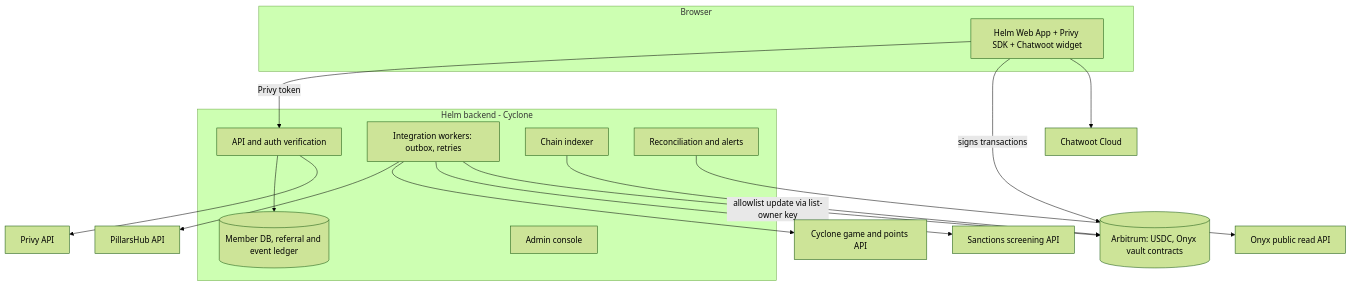
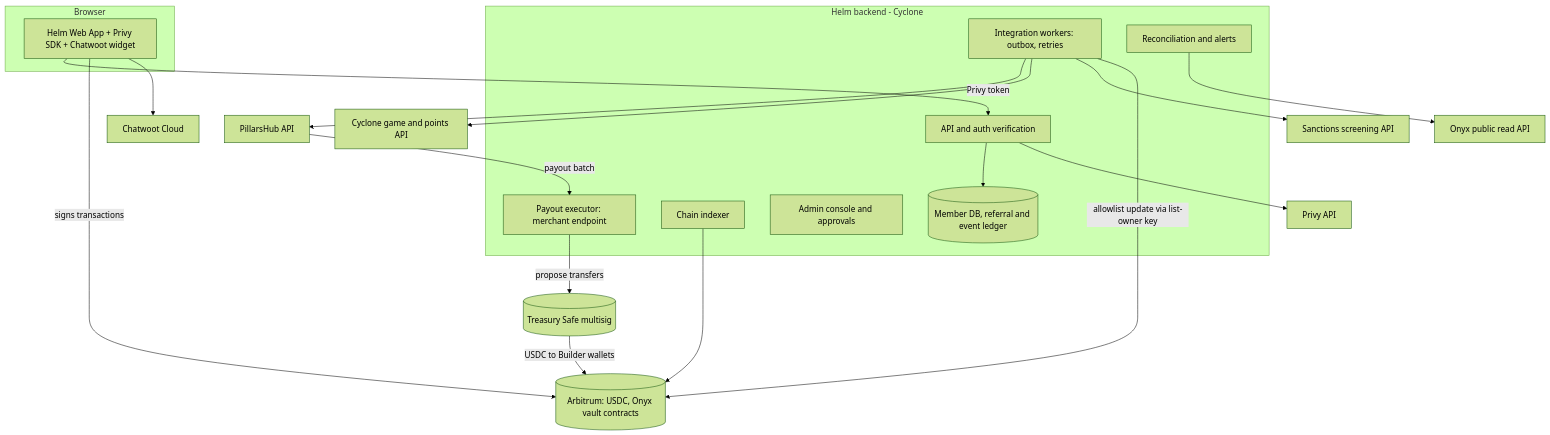
The first of 8 diagrams in work/vi/part2-en.md (lpham/Helm-Phase-0), drawn with Mermaid (forest theme) before and after one commit. The commit also changed other lines of this file and 19 other files, not shown here.

````diff
--- a/work/vi/part2-en.md
+++ b/work/vi/part2-en.md
@@ -54,25 +95,29 @@
 ```{.mermaid #fig-architecture caption="Technical architecture and trust boundaries."}
 flowchart TB
   subgraph Browser
     APP[Helm Web App + Privy SDK + Chatwoot widget]
   end
   subgraph Helm backend - Cyclone
     API[API and auth verification]
     DB[(Member DB, referral and event ledger)]
     INT[Integration workers: outbox, retries]
     IDX[Chain indexer]
     REC[Reconciliation and alerts]
-    ADM[Admin console]
+    ADM[Admin console and approvals]
+    PAYX[Payout executor: merchant endpoint]
   end
   APP -->|Privy token| API
   APP -->|signs transactions| CHAIN[(Arbitrum: USDC, Onyx vault contracts)]
   API --> DB
   INT --> PH[PillarsHub API]
   INT --> GAME[Cyclone game and points API]
   INT --> SCR[Sanctions screening API]
   INT -->|allowlist update via list-owner key| CHAIN
   IDX --> CHAIN
   REC --> ONYXAPI[Onyx public read API]
+  PH -->|payout batch| PAYX
+  PAYX -->|propose transfers| SAFE[(Treasury Safe multisig)]
+  SAFE -->|USDC to Builder wallets| CHAIN
   API --> PRIVY[Privy API]
   APP --> CW[Chatwoot Cloud]
 ```
````
